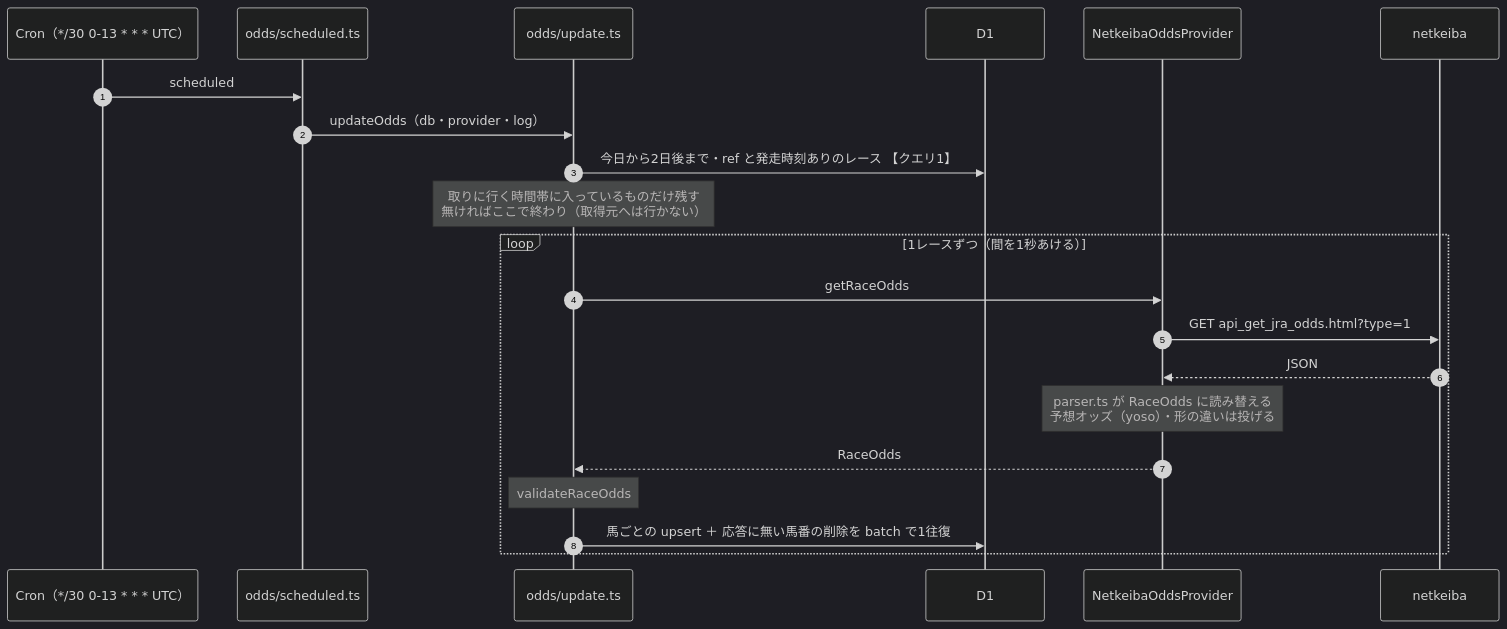
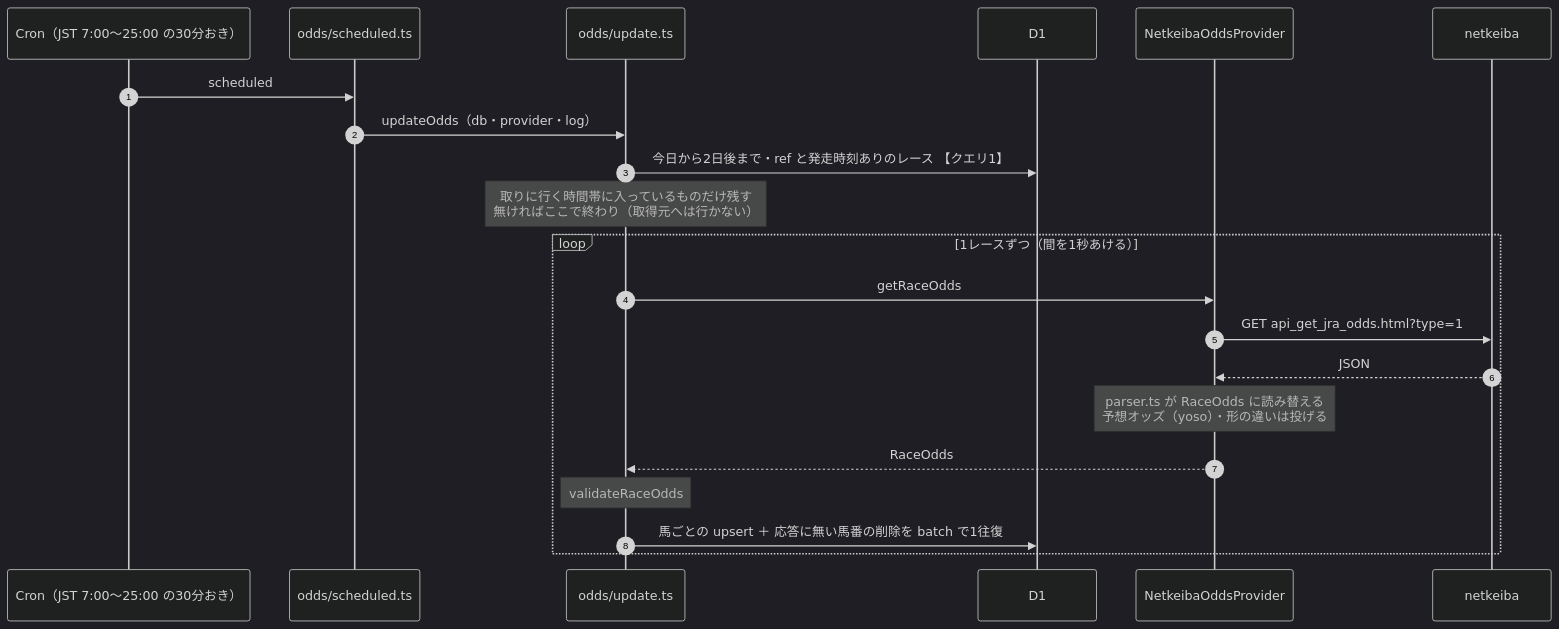
One commit to Atoyr/keiba-note changed the seventh of 11 diagrams in docs/architecture.md. Above: the diagram before and after it, drawn with Mermaid (dark theme). The commit also changed other lines of this file and 6 other files, not shown here.

First line of the commit message:
feat: オッズの Cron を JST 7:00〜25:00 に広げる

````diff
--- a/docs/architecture.md
+++ b/docs/architecture.md
@@ -479,24 +479,24 @@
 ```mermaid
 sequenceDiagram
     autonumber
-    participant C as Cron（*/30 0-13 * * * UTC）
+    participant C as Cron（JST 7:00〜25:00 の30分おき）
     participant S as odds/scheduled.ts
     participant U as odds/update.ts
     participant D as D1
     participant P as NetkeibaOddsProvider
     participant N as netkeiba
 
     C->>S: scheduled
     S->>U: updateOdds（db・provider・log）
     U->>D: 今日から2日後まで・ref と発走時刻ありのレース 【クエリ1】
     Note over U: 取りに行く時間帯に入っているものだけ残す<br/>無ければここで終わり（取得元へは行かない）
     loop 1レースずつ（間を1秒あける）
         U->>P: getRaceOdds
         P->>N: GET api_get_jra_odds.html?type=1
         N-->>P: JSON
         Note over P: parser.ts が RaceOdds に読み替える<br/>予想オッズ（yoso）・形の違いは投げる
         P-->>U: RaceOdds
         Note over U: validateRaceOdds
         U->>D: 馬ごとの upsert ＋ 応答に無い馬番の削除を batch で1往復
     end
 ```
````
